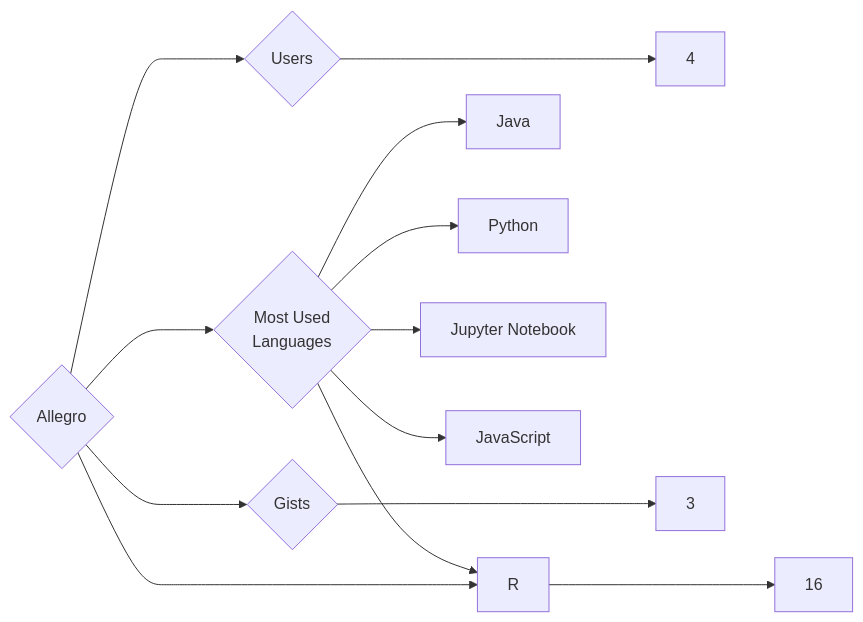
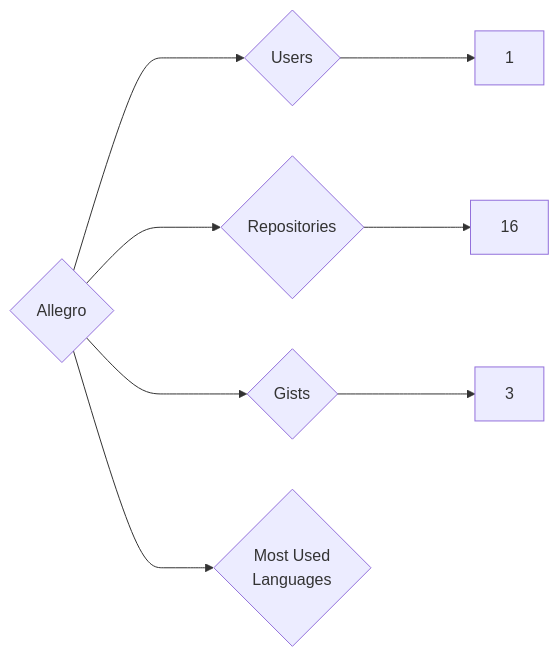
Before and after one commit to trickest/insiders: the diagram in targets/Allegro/README.md, drawn with Mermaid. The commit also changed 724 other files, not shown here.

````diff
--- a/targets/Allegro/README.md
+++ b/targets/Allegro/README.md
@@ -3,13 +3,8 @@
 ```mermaid
 graph LR
 COMPANY_NAME{Allegro}
-COMPANY_NAME ---> U{Users} ---> UN[4]
+COMPANY_NAME ---> U{Users} ---> UN[1]
 COMPANY_NAME ---> R{Repositories} ---> RN[16]
 COMPANY_NAME ---> G{Gists} ---> GN[3]
 COMPANY_NAME ---> ML{Most Used<br>Languages}
-ML --> Java[Java]
-ML --> Python[Python]
-ML --> Jupyter_Notebook[Jupyter Notebook]
-ML --> JavaScript[JavaScript]
-ML --> R[R]
 ```
````
